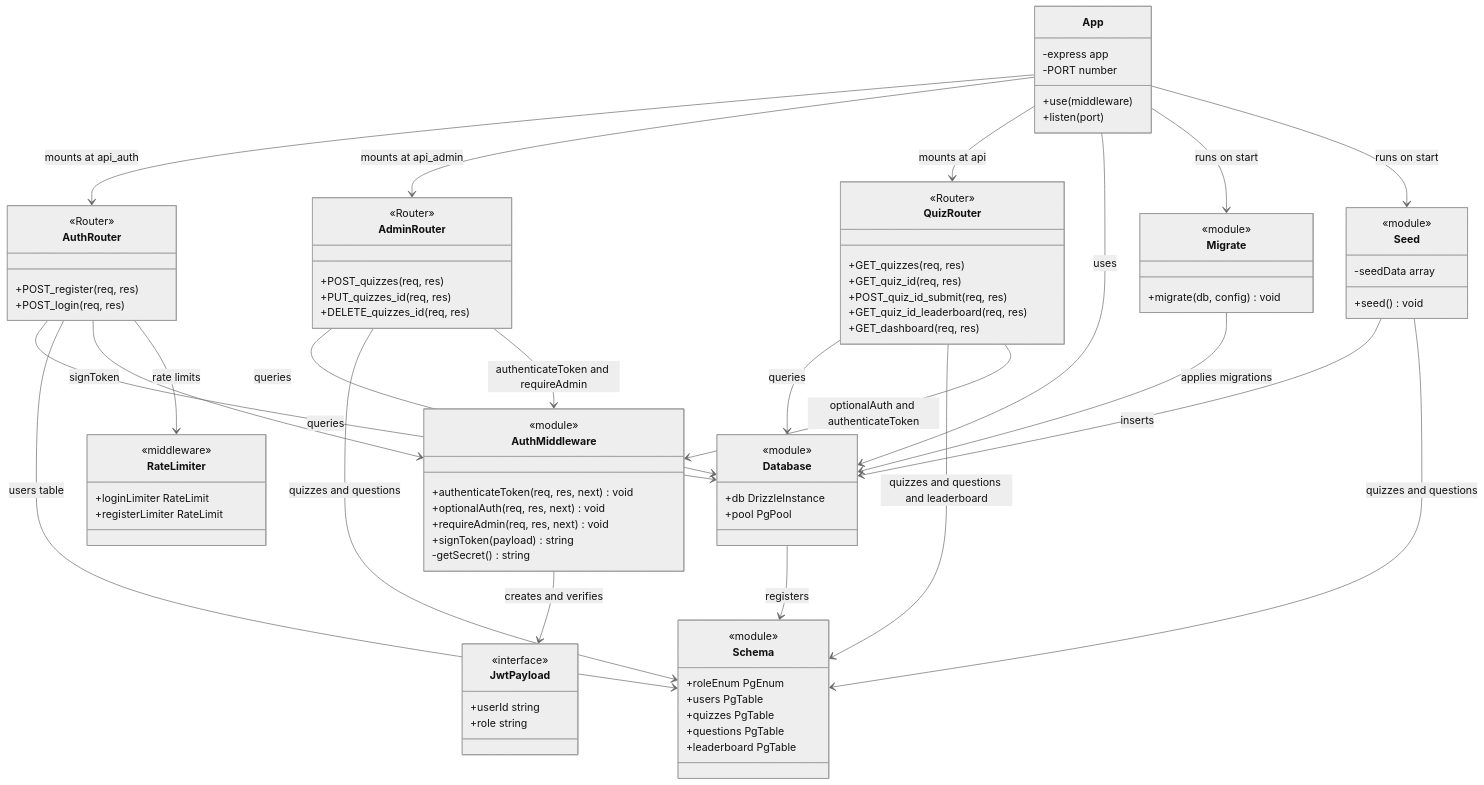
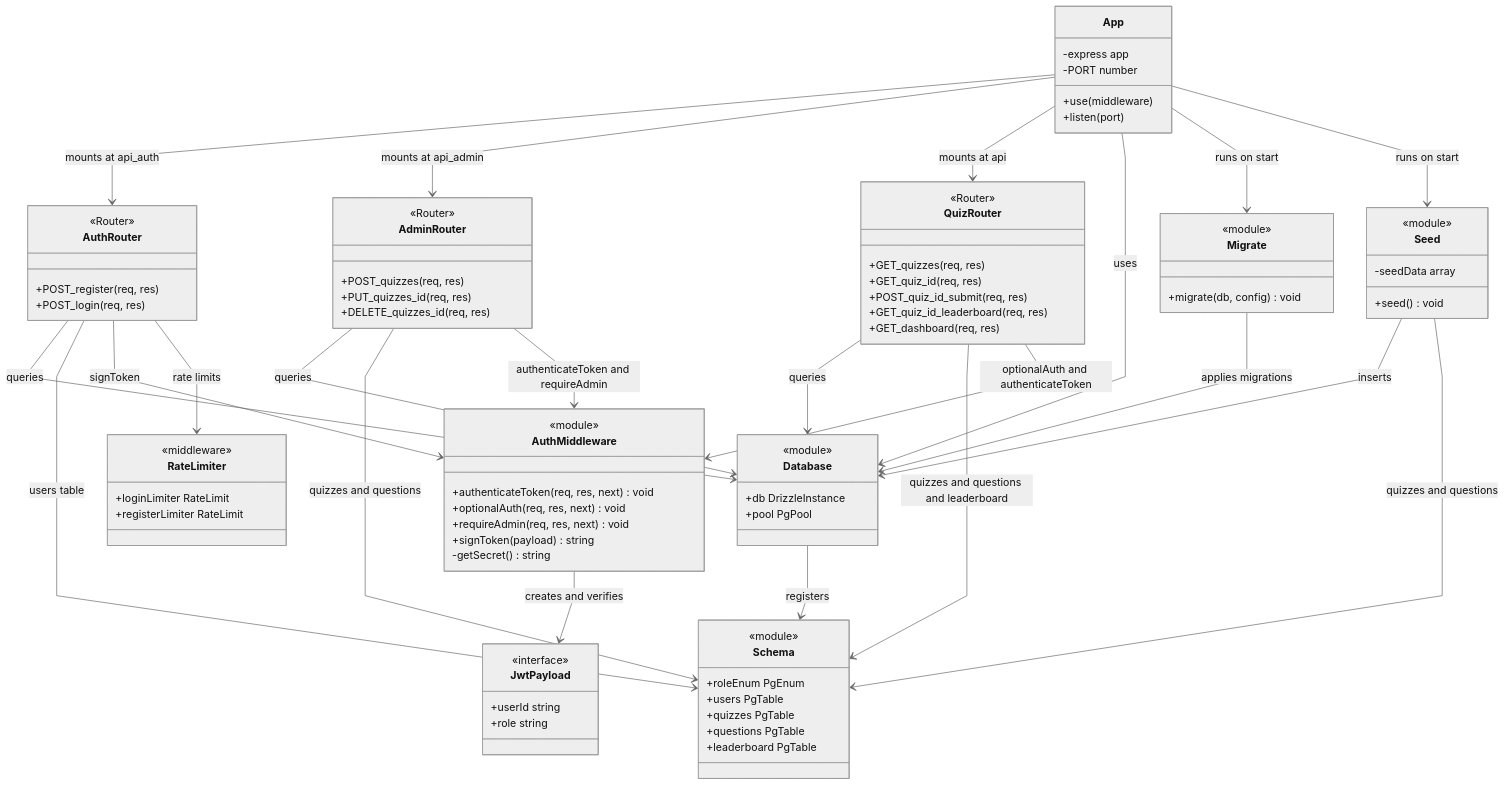
Before and after one commit to ChristianNemeno/tapcet-next: the diagram in docs/class_diagram/server/server-class-diagram.md, drawn with Mermaid (neutral theme). The commit also changed 6 other files, not shown here.

````diff
--- a/docs/class_diagram/server/server-class-diagram.md
+++ b/docs/class_diagram/server/server-class-diagram.md
@@ -3,4 +3,5 @@
 ```mermaid
+%%{ init: { 'flowchart': { 'curve': 'linear' } } }%%
 classDiagram
     direction TB
 
````
